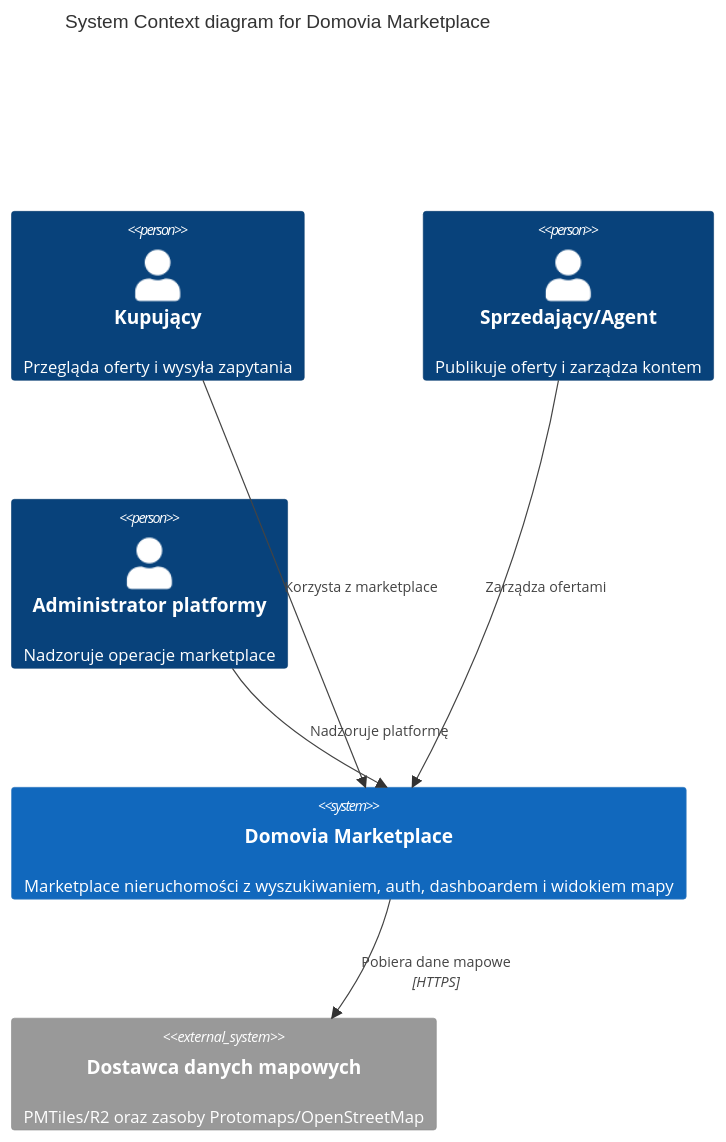
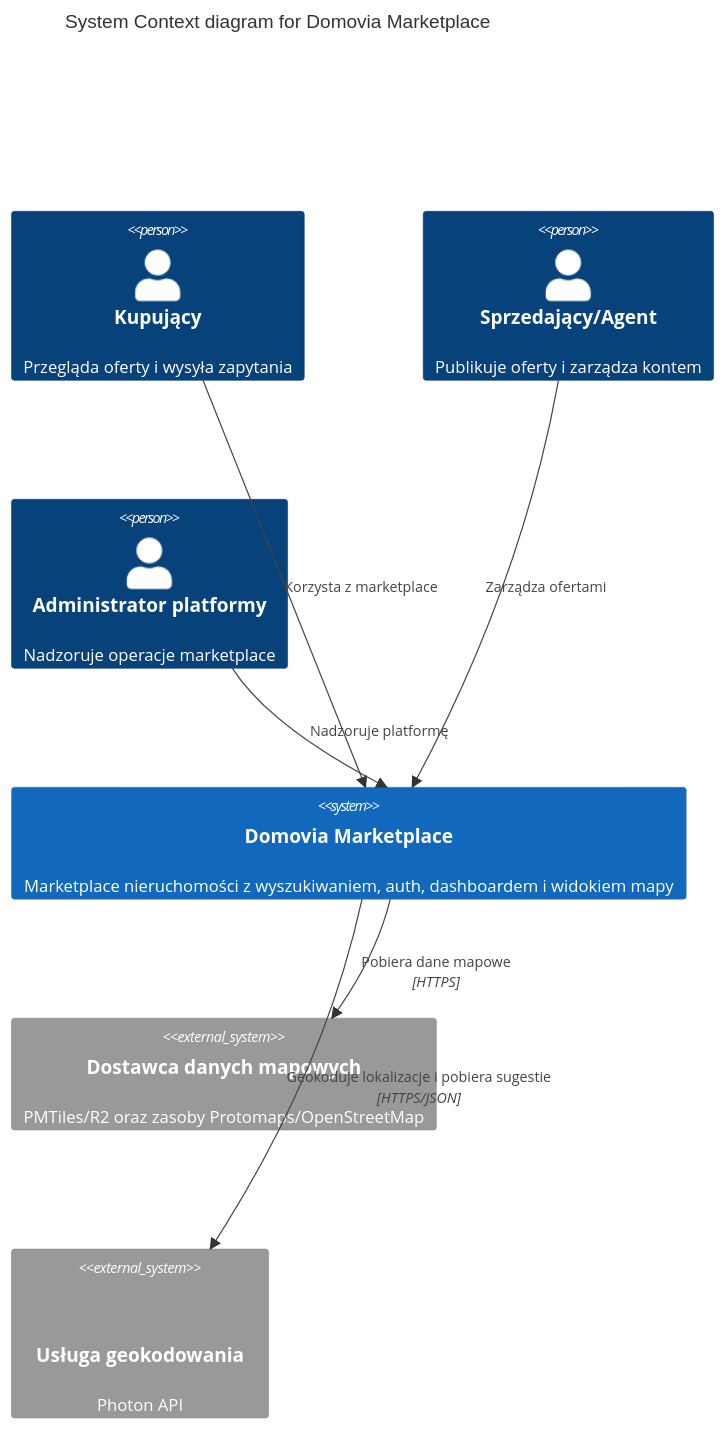
Before and after one commit to lukas-szewczyk/big-estate: the first of 2 diagrams in docs/architecture/c4.md, drawn with Mermaid. The commit also changed other lines of this file and 14 other files, not shown here.

````diff
--- a/docs/architecture/c4.md
+++ b/docs/architecture/c4.md
@@ -7,18 +7,20 @@
 ```mermaid
 C4Context
   title System Context diagram for Domovia Marketplace
 
   UpdateLayoutConfig($c4ShapeInRow="2", $c4BoundaryInRow="1")
 
   Person(buyer, "Kupujący", "Przegląda oferty i wysyła zapytania")
   Person(seller, "Sprzedający/Agent", "Publikuje oferty i zarządza kontem")
   Person(admin, "Administrator platformy", "Nadzoruje operacje marketplace")
 
   System(domovia, "Domovia Marketplace", "Marketplace nieruchomości z wyszukiwaniem, auth, dashboardem i widokiem mapy")
   System_Ext(maps, "Dostawca danych mapowych", "PMTiles/R2 oraz zasoby Protomaps/OpenStreetMap")
+  System_Ext(geocoder, "Usługa geokodowania", "Photon API", "Geokodowanie i sugestie lokalizacji")
 
   Rel(buyer, domovia, "Korzysta z marketplace")
   Rel(seller, domovia, "Zarządza ofertami")
   Rel(admin, domovia, "Nadzoruje platformę")
   Rel(domovia, maps, "Pobiera dane mapowe", "HTTPS")
+  Rel(domovia, geocoder, "Geokoduje lokalizacje i pobiera sugestie", "HTTPS/JSON")
 ```
````
